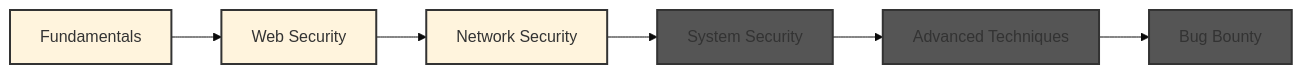
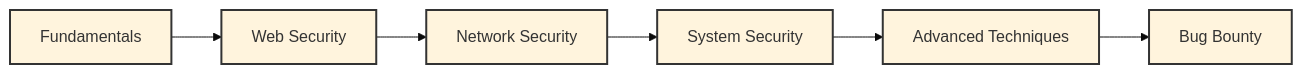
The diagram in README.md (subhajit-sudo/subhajit-sudo), drawn with Mermaid (base theme) before and after one commit.

````diff
--- a/README.md
+++ b/README.md
@@ -134,14 +134,14 @@
 ```mermaid
 graph LR
     A[Fundamentals] --> B[Web Security]
     B --> C[Network Security]
     C --> D[System Security]
     D --> E[Advanced Techniques]
     E --> F[Bug Bounty]
     style A fill:,stroke:#333,stroke-width:2px
     style B fill:,stroke:#333,stroke-width:2px
     style C fill:,stroke:#333,stroke-width:2px
-    style D fill:#555,stroke:#333,stroke-width:2px
-    style E fill:#555,stroke:#333,stroke-width:2px
-    style F fill:#555,stroke:#333,stroke-width:2px
+    style D fill:,stroke:#333,stroke-width:2px
+    style E fill:,stroke:#333,stroke-width:2px
+    style F fill:,stroke:#333,stroke-width:2px
 ```
````
